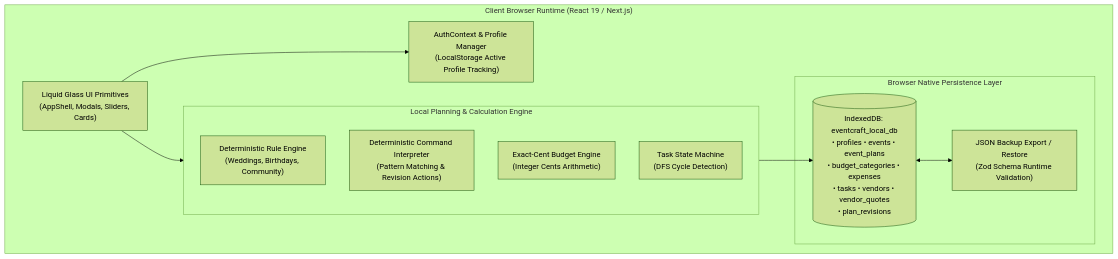
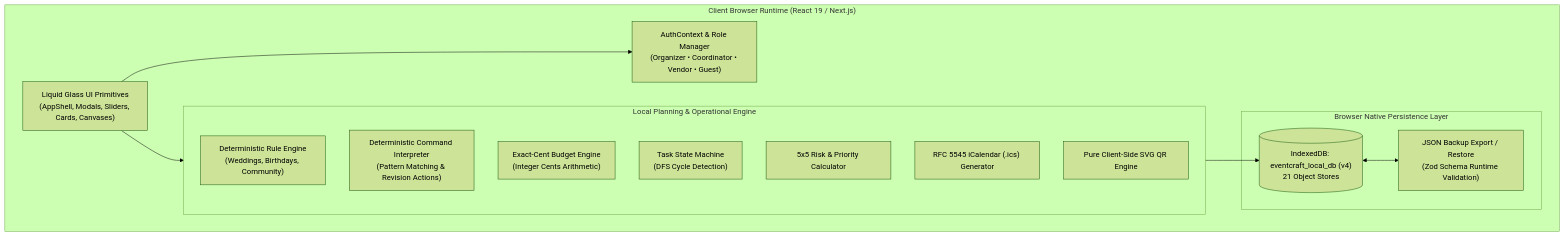
The second of 2 diagrams in README.md (nithinpanuganti/EventCraft), drawn with Mermaid (forest theme) before and after one commit. The commit also changed other lines of this file and 30 other files, not shown here.

Commit message:
feat: complete multi-role system, 21-store indexeddb architecture, and full operational suite

````diff
--- a/README.md
+++ b/README.md
@@ -138,24 +249,27 @@
 ```mermaid
 flowchart TD
     subgraph Browser ["Client Browser Runtime (React 19 / Next.js)"]
-        UI["Liquid Glass UI Primitives<br/>(AppShell, Modals, Sliders, Cards)"]
-        AuthCtx["AuthContext & Profile Manager<br/>(LocalStorage Active Profile Tracking)"]
+        UI["Liquid Glass UI Primitives<br/>(AppShell, Modals, Sliders, Cards, Canvases)"]
+        AuthCtx["AuthContext & Role Manager<br/>(Organizer • Coordinator • Vendor • Guest)"]
         
-        subgraph LocalEngine ["Local Planning & Calculation Engine"]
+        subgraph LocalEngine ["Local Planning & Operational Engine"]
             RuleEngine["Deterministic Rule Engine<br/>(Weddings, Birthdays, Community)"]
             CmdParser["Deterministic Command Interpreter<br/>(Pattern Matching & Revision Actions)"]
             BudgetMath["Exact-Cent Budget Engine<br/>(Integer Cents Arithmetic)"]
             TaskGraph["Task State Machine<br/>(DFS Cycle Detection)"]
+            RiskCalc["5x5 Risk & Priority Calculator"]
+            IcsGen["RFC 5545 iCalendar (.ics) Generator"]
+            QrGen["Pure Client-Side SVG QR Engine"]
         end
 
         subgraph LocalStorage ["Browser Native Persistence Layer"]
-            IDB[("IndexedDB: eventcraft_local_db<br/>• profiles • events • event_plans<br/>• budget_categories • expenses<br/>• tasks • vendors • vendor_quotes<br/>• plan_revisions")]
+            IDB[("IndexedDB: eventcraft_local_db (v4)<br/>21 Object Stores")]
             BackupUtil["JSON Backup Export / Restore<br/>(Zod Schema Runtime Validation)"]
         end
     end
 
     UI --> AuthCtx
     UI --> LocalEngine
     LocalEngine --> IDB
     IDB <--> BackupUtil
 ```
````
